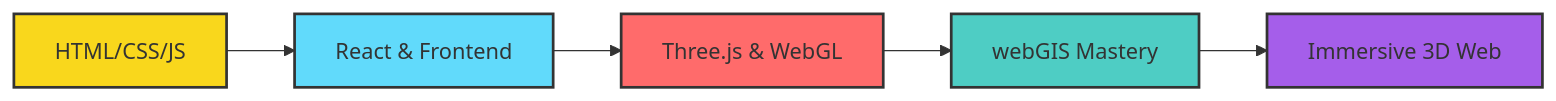
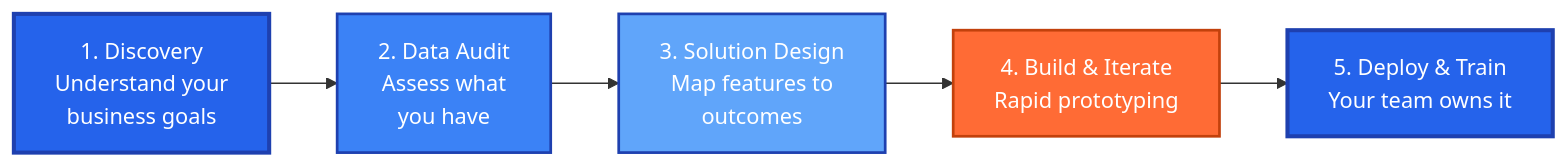
The diagram in README.md (mqanass/mqanass), drawn with Mermaid before and after one commit. The commit also changed other lines of this file and 1 other file, not shown here.

````diff
--- a/README.md
+++ b/README.md
@@ -79,12 +80,13 @@
 ```mermaid
 graph LR
-    A[HTML/CSS/JS] --> B[React & Frontend]
-    B --> C[Three.js & WebGL]
-    C --> D[webGIS Mastery]
-    D --> E[Immersive 3D Web]
-    style A fill:#f9d71c,stroke:#333,stroke-width:2px
-    style B fill:#61dafb,stroke:#333,stroke-width:2px
-    style C fill:#ff6b6b,stroke:#333,stroke-width:2px
-    style D fill:#4ecdc4,stroke:#333,stroke-width:2px
-    style E fill:#a55eea,stroke:#333,stroke-width:2px
+    A[1. Discovery<br/>Understand your<br/>business goals] --> B[2. Data Audit<br/>Assess what<br/>you have]
+    B --> C[3. Solution Design<br/>Map features to<br/>outcomes]
+    C --> D[4. Build & Iterate<br/>Rapid prototyping]
+    D --> E[5. Deploy & Train<br/>Your team owns it]
+    
+    style A fill:#2563EB,stroke:#1e40af,stroke-width:3px,color:white
+    style B fill:#3b82f6,stroke:#1e40af,stroke-width:2px,color:white
+    style C fill:#60a5fa,stroke:#1e40af,stroke-width:2px,color:white
+    style D fill:#FF6B35,stroke:#c2410c,stroke-width:2px,color:white
+    style E fill:#2563EB,stroke:#1e40af,stroke-width:3px,color:white
 ```
````
